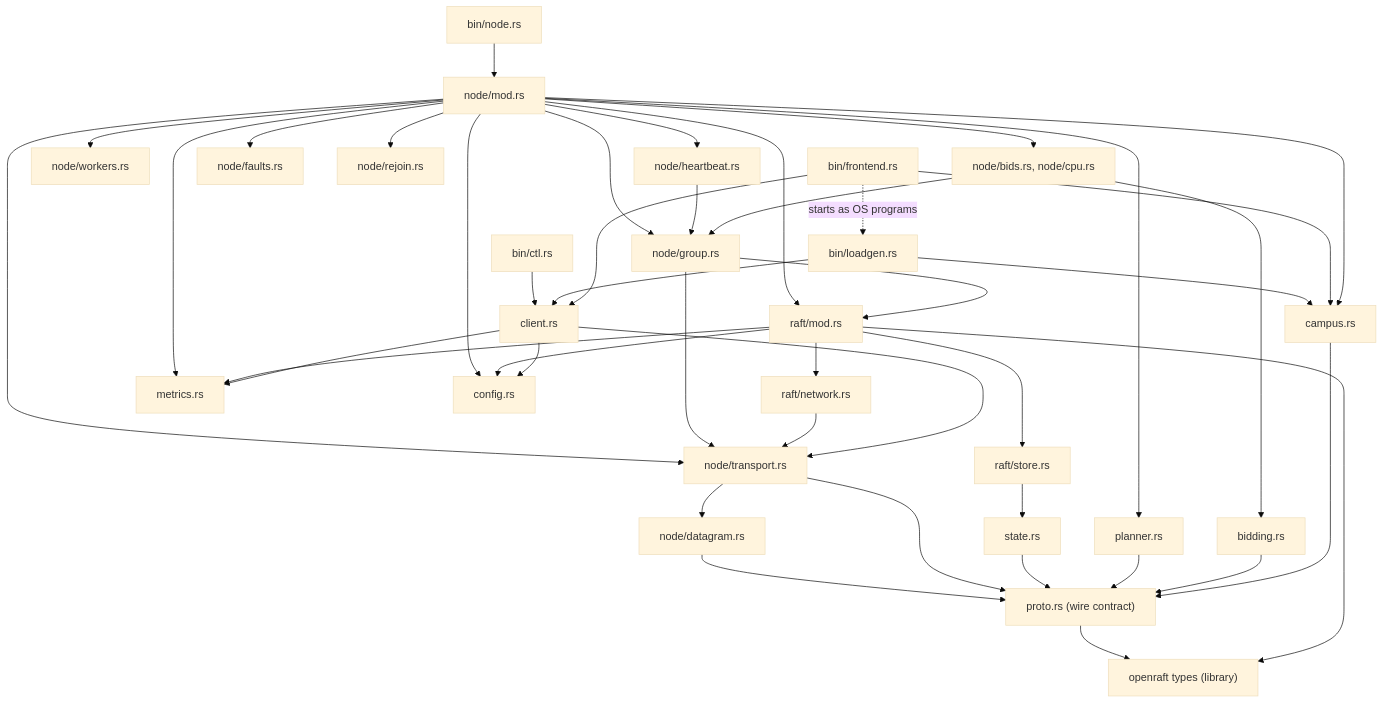
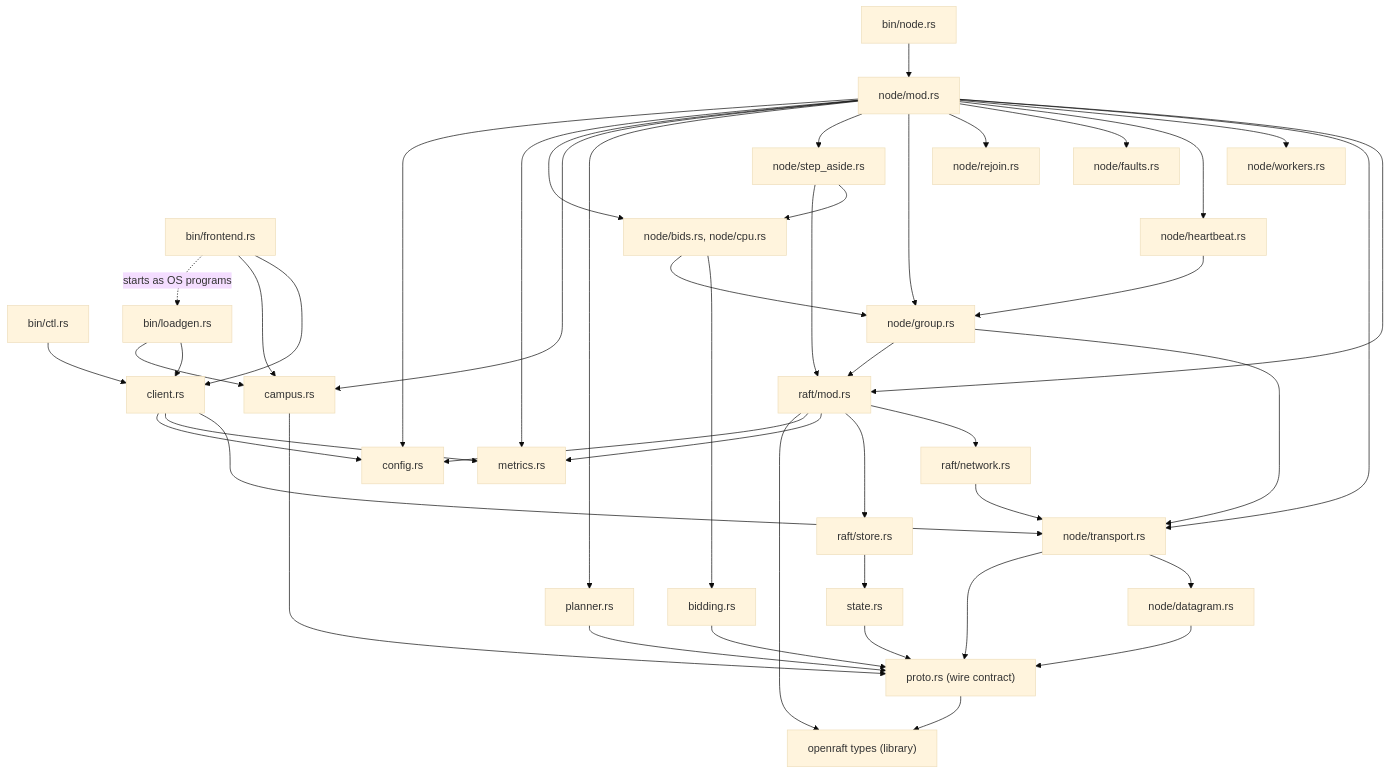
One commit to noortaytoy1/DistributedSystems changed the fifth of 48 diagrams in docs/architecture.md. Above: the diagram before and after it, drawn with Mermaid (base theme). The commit also changed other lines of this file and 7 other files, not shown here.

First line of the commit message:
Record the step-aside: D218, the diagrams and the demo scene

````diff
--- a/docs/architecture.md
+++ b/docs/architecture.md
@@ -322,45 +325,48 @@
 ```mermaid
 flowchart TD
     BNODE["bin/node.rs"] --> NODE["node/mod.rs"]
     BCTL["bin/ctl.rs"] --> CLIENT["client.rs"]
     BLOAD["bin/loadgen.rs"] --> CLIENT
     BLOAD --> CAMPUS["campus.rs"]
     BFRONT["bin/frontend.rs"] --> CLIENT
     BFRONT --> CAMPUS
     BFRONT -. "starts as OS programs" .-> BLOAD
     NODE --> RAFT["raft/mod.rs"]
     NODE --> TRANSPORT["node/transport.rs"]
     NODE --> WORKERS["node/workers.rs"]
     NODE --> HEART["node/heartbeat.rs"]
     NODE --> FAULTS["node/faults.rs"]
     NODE --> REJOIN["node/rejoin.rs"]
     NODE --> GROUP["node/group.rs"]
+    NODE --> STEPASIDE["node/step_aside.rs"]
+    STEPASIDE --> BIDS
+    STEPASIDE --> RAFT
     HEART --> GROUP
     GROUP --> TRANSPORT
     GROUP --> RAFT
     NODE --> PLANNER["planner.rs"]
     NODE --> CAMPUS
     NODE --> BIDS["node/bids.rs, node/cpu.rs"]
     BIDS --> BIDDING["bidding.rs"]
     BIDS --> GROUP
     RAFT --> NETWORK["raft/network.rs"]
     RAFT --> STORE["raft/store.rs"]
     NETWORK --> TRANSPORT
     STORE --> STATE["state.rs"]
     CLIENT --> TRANSPORT
     TRANSPORT --> DATAGRAM["node/datagram.rs"]
     DATAGRAM --> PROTO
     TRANSPORT --> PROTO["proto.rs (wire contract)"]
     STATE --> PROTO
     PLANNER --> PROTO
     BIDDING --> PROTO
     CAMPUS --> PROTO
     NODE --> METRICS["metrics.rs"]
     RAFT --> METRICS
     CLIENT --> METRICS
     NODE --> CONFIG["config.rs"]
     RAFT --> CONFIG
     CLIENT --> CONFIG
     PROTO --> OR["openraft types (library)"]
     RAFT --> OR
 ```
````
